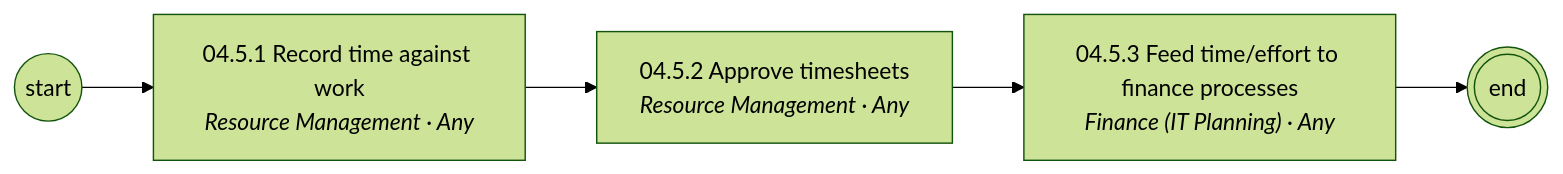
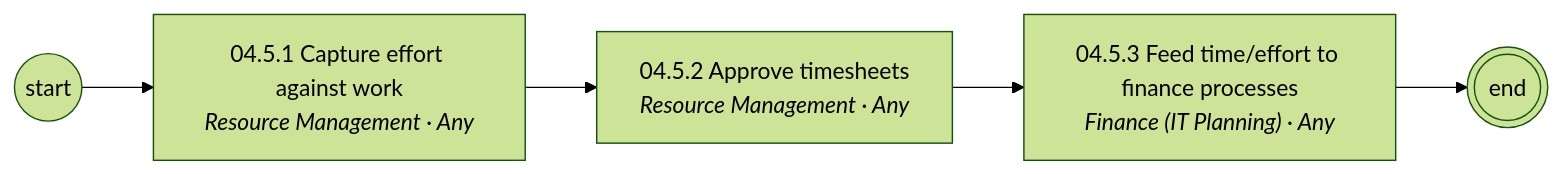
Before and after one commit to corbyjames/apptio-process-catalog: the sixth of 6 diagrams in diagrams/mermaid/area-04.md, drawn with Mermaid (forest theme). The commit also changed 94 other files, not shown here.

````diff
--- a/diagrams/mermaid/area-04.md
+++ b/diagrams/mermaid/area-04.md
@@ -83,11 +83,11 @@
 ```mermaid
 flowchart LR
   S((start))
-  N04_5_1["04.5.1 Record time against work<br/><i>Resource Management · Any</i>"]
+  N04_5_1["04.5.1 Capture effort against work<br/><i>Resource Management · Any</i>"]
   S --> N04_5_1
   N04_5_2["04.5.2 Approve timesheets<br/><i>Resource Management · Any</i>"]
   N04_5_1 --> N04_5_2
   N04_5_3["04.5.3 Feed time/effort to finance processes<br/><i>Finance (IT Planning) · Any</i>"]
   N04_5_2 --> N04_5_3
   N04_5_3 --> E(((end)))
 ```
````
